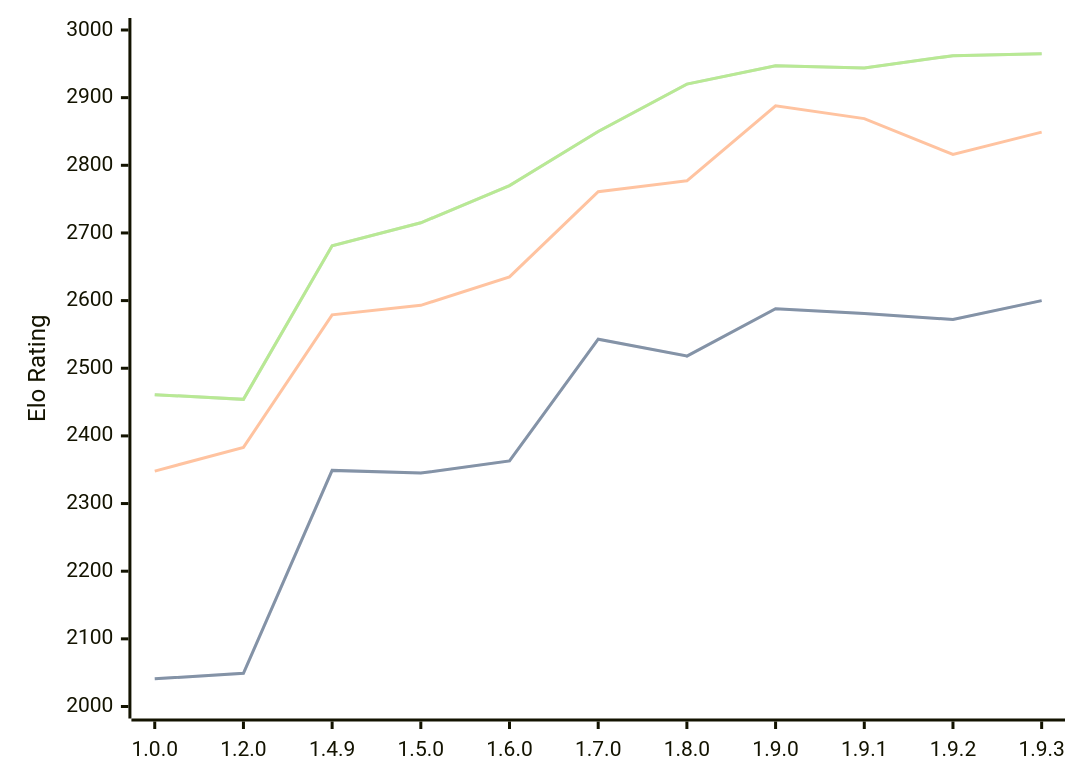
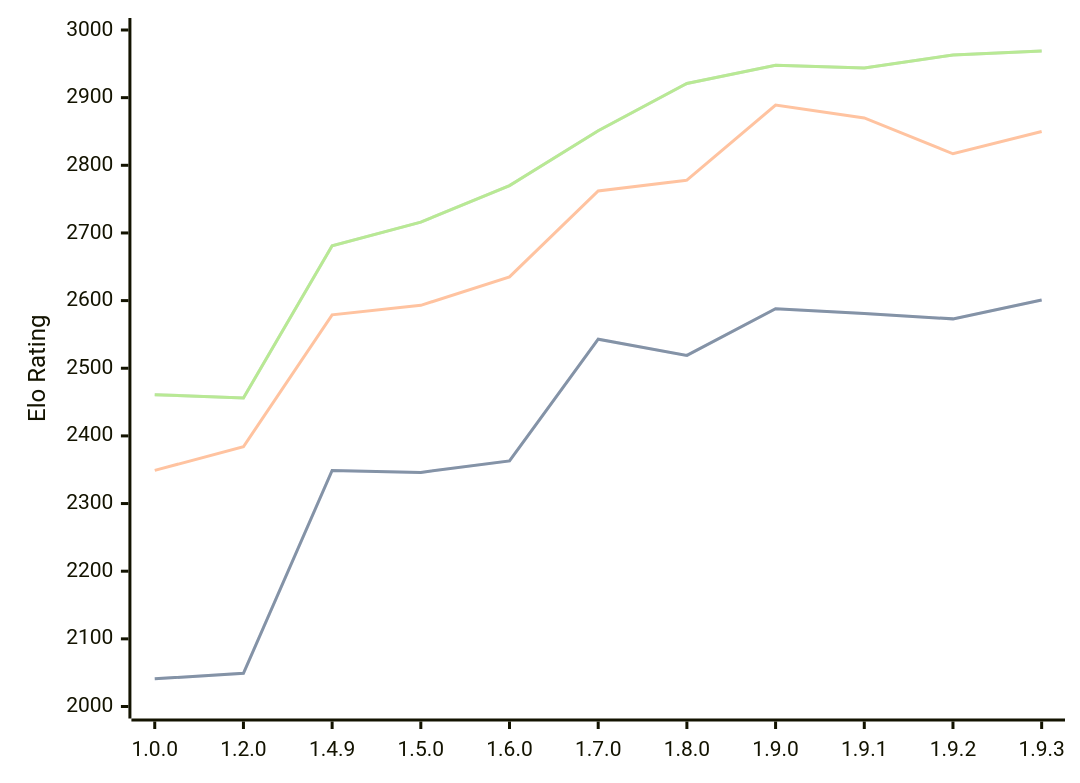
Before and after one commit to computer-chess-index/cci: the diagram in engines/Basilisk.md, drawn with Mermaid. The commit also changed other lines of this file, not shown here.

Commit message:
Update CCI Ratings (ELO VLTC) - 2026-08-29

````diff
--- a/engines/Basilisk.md
+++ b/engines/Basilisk.md
@@ -54,11 +54,11 @@
 ```mermaid
 %%{init: {"theme":"base","themeVariables":{"seriesColors:['#a3a3a3','#222221','#faa371']}}}%%
 xychart-beta
   x-axis ["1.0.0", "1.2.0", "1.4.9", "1.5.0", "1.6.0", "1.7.0", "1.8.0", "1.9.0", "1.9.1", "1.9.2", "1.9.3"]
   y-axis "Elo Rating" 2000 --> 3000
-  line "" [2041, 2049, 2349, 2345, 2363, 2543, 2518, 2588, 2581, 2572, 2600]
-  line "STC (8.0+0.08s)" [2041, 2049, 2349, 2345, 2363, 2543, 2518, 2588, 2581, 2572, 2600]
-  line "LTC (60.0+0.60s)" [2348, 2383, 2579, 2593, 2635, 2761, 2777, 2888, 2869, 2816, 2849]
-  line "" [2461, 2454, 2681, 2715, 2770, 2850, 2920, 2947, 2944, 2962, 2965]
-  line "VLTC (2m24s+1.12s)" [2461, 2454, 2681, 2715, 2770, 2850, 2920, 2947, 2944, 2962, 2965]
+  line "" [2041, 2049, 2349, 2346, 2363, 2543, 2519, 2588, 2581, 2573, 2601]
+  line "STC (8.0+0.08s)" [2041, 2049, 2349, 2346, 2363, 2543, 2519, 2588, 2581, 2573, 2601]
+  line "LTC (60.0+0.60s)" [2349, 2384, 2579, 2593, 2635, 2762, 2778, 2889, 2870, 2817, 2850]
+  line "" [2461, 2456, 2681, 2716, 2770, 2851, 2921, 2948, 2944, 2963, 2969]
+  line "VLTC (2m24s+1.12s)" [2461, 2456, 2681, 2716, 2770, 2851, 2921, 2948, 2944, 2963, 2969]
 ```
````
